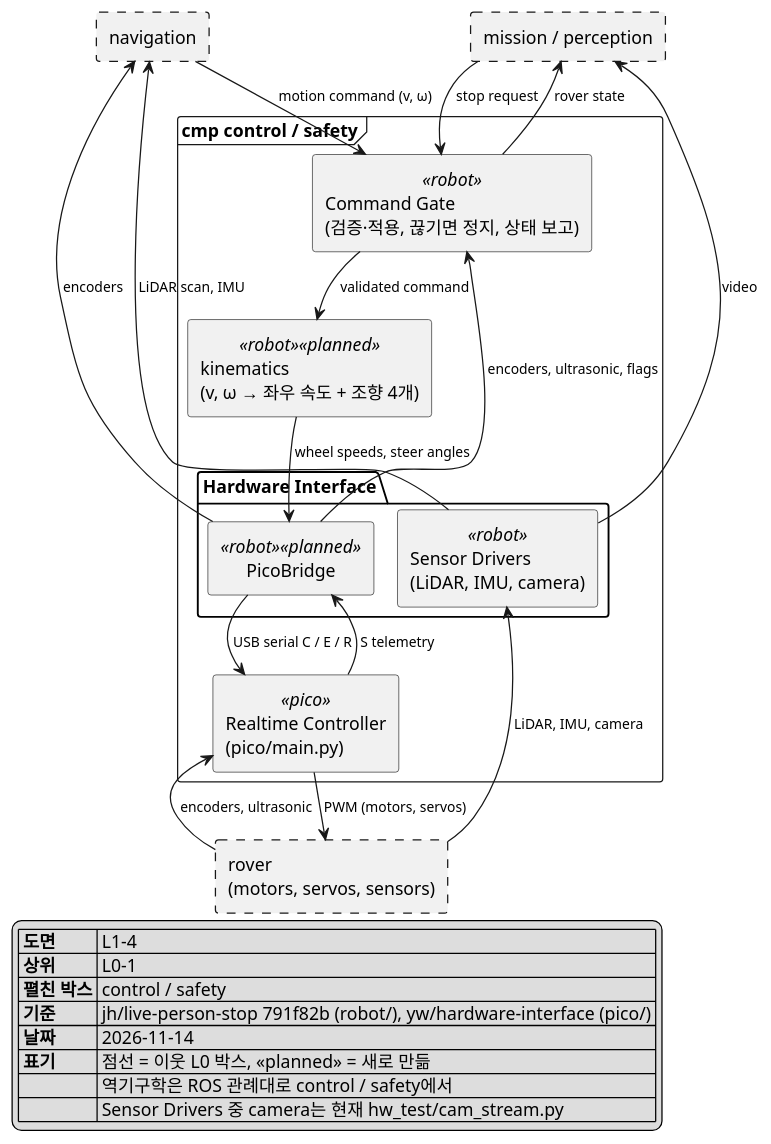
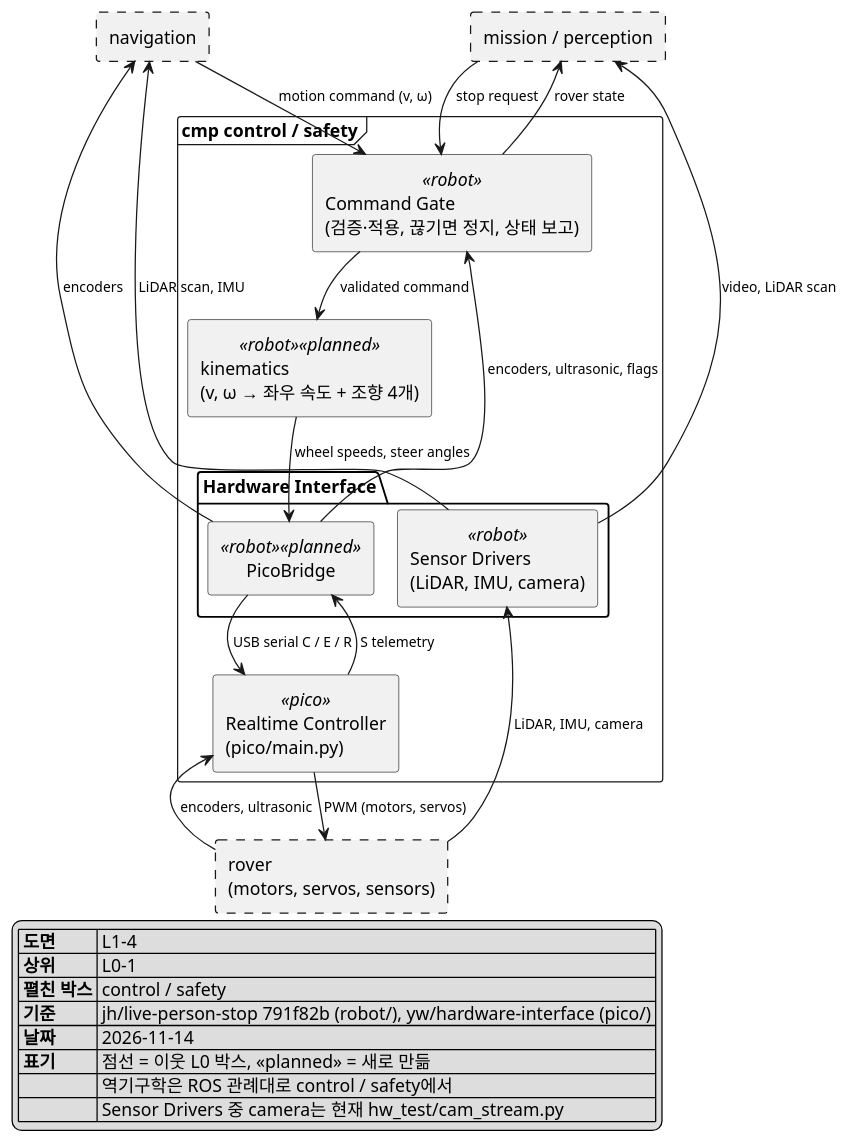
Before and after one commit to Ruysong/autonomous-rescue-rover: the diagram in docs/architecture/L1-4_control_safety.puml, drawn with PlantUML. The commit also changed 8 other files, not shown here.

```diff
--- a/docs/architecture/L1-4_control_safety.puml
+++ b/docs/architecture/L1-4_control_safety.puml
@@ -1,51 +1,51 @@
 @startuml L1-4_control_safety
 !pragma layout smetana
 skinparam monochrome true
 skinparam shadowing false
 skinparam defaultFontName "Malgun Gothic"
 skinparam componentStyle rectangle
 skinparam ArrowFontSize 11
 top to bottom direction
 
 rectangle "navigation" as NAV #line.dashed
 rectangle "mission / perception" as MISSION #line.dashed
 
 frame "cmp control / safety" {
   component "Command Gate\n(검증·적용, 끊기면 정지, 상태 보고)" <<robot>> as GATE
   component "kinematics\n(v, ω → 좌우 속도 + 조향 4개)" <<robot>> <<planned>> as IK
   package "Hardware Interface" {
     component "PicoBridge" <<robot>> <<planned>> as BRIDGE
     component "Sensor Drivers\n(LiDAR, IMU, camera)" <<robot>> as DRIVERS
   }
   component "Realtime Controller\n(pico/main.py)" <<pico>> as RT
 }
 
 rectangle "rover\n(motors, servos, sensors)" as ROVER #line.dashed
 
 NAV --> GATE : motion command (v, ω)
 MISSION --> GATE : stop request
 GATE --> IK : validated command
 IK --> BRIDGE : wheel speeds, steer angles
 BRIDGE --> RT : USB serial C / E / R
 RT --> ROVER : PWM (motors, servos)
 
 ROVER -up-> RT : encoders, ultrasonic
 RT -up-> BRIDGE : S telemetry
 ROVER -up-> DRIVERS : LiDAR, IMU, camera
 BRIDGE -up-> GATE : encoders, ultrasonic, flags
 GATE -up-> MISSION : rover state
 DRIVERS -up-> NAV : LiDAR scan, IMU
 BRIDGE -up-> NAV : encoders
-DRIVERS -up-> MISSION : video
+DRIVERS -up-> MISSION : video, LiDAR scan
 
 legend bottom right
   |= 도면 | L1-4 |
   |= 상위 | L0-1 |
   |= 펼친 박스 | control / safety |
   |= 기준 | jh/live-person-stop 791f82b (robot/), yw/hardware-interface (pico/) |
   |= 날짜 | 2026-11-14 |
   |= 표기 | 점선 = 이웃 L0 박스, <<planned>> = 새로 만듦 |
   |= | 역기구학은 ROS 관례대로 control / safety에서 |
   |= | Sensor Drivers 중 camera는 현재 hw_test/cam_stream.py |
 endlegend
 @enduml
```
